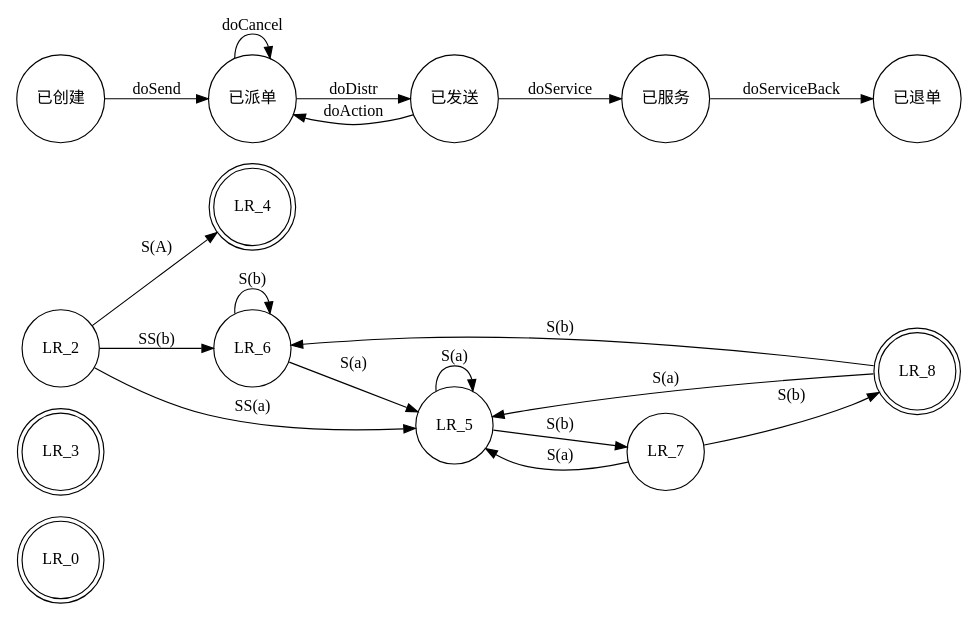
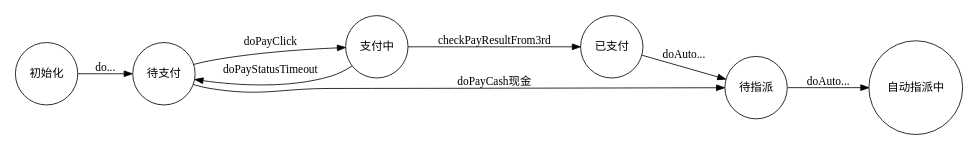
Before and after one commit to WDTeam/yii2_erp: the diagram in doc/order_status.dot, drawn with Graphviz. The commit also changed 6 other files, not shown here.

Commit message:
add status flow

```diff
--- a/doc/order_status.dot
+++ b/doc/order_status.dot
@@ -1,23 +1,14 @@
 digraph finite_state_machine {
 	rankdir=LR;
 	size="8,5"
-	node [shape = doublecircle]; LR_0 LR_3 LR_4 LR_8;
+
 	node [shape = circle];
-	已创建 -> 已派单 [ label = "doSend" ];
-	已派单 -> 已发送 [ label = "doDistr" ];
-	已发送 -> 已派单 [ label = "doAction" ];
-	已派单 -> 已派单 [ label = "doCancel" ];
-	已发送 -> 已服务 [ label = "doService" ];
-	已服务 -> 已退单 [ label = "doServiceBack" ];
-	LR_2 -> LR_6 [ label = "SS(b)" ];
-	LR_2 -> LR_5 [ label = "SS(a)" ];
-	LR_2 -> LR_4 [ label = "S(A)" ];
-	LR_5 -> LR_7 [ label = "S(b)" ];
-	LR_5 -> LR_5 [ label = "S(a)" ];
-	LR_6 -> LR_6 [ label = "S(b)" ];
-	LR_6 -> LR_5 [ label = "S(a)" ];
-	LR_7 -> LR_8 [ label = "S(b)" ];
-	LR_7 -> LR_5 [ label = "S(a)" ];
-	LR_8 -> LR_6 [ label = "S(b)" ];
-	LR_8 -> LR_5 [ label = "S(a)" ];
+  初始化 -> 待支付 [label = "do..."]
+	待支付 -> 支付中 [ label = "doPayClick" ];
+	支付中 -> 待支付 [ label = "doPayStatusTimeout" ];
+	支付中 -> 已支付 [ label = "checkPayResultFrom3rd" ];
+	已支付 -> 待指派 [ label = "doAuto..." ];
+	待指派 -> 自动指派中  [ label = "doAuto..." ];
+	待支付 -> 待指派 [ label = "doPayCash现金" ];
+
 }
```
